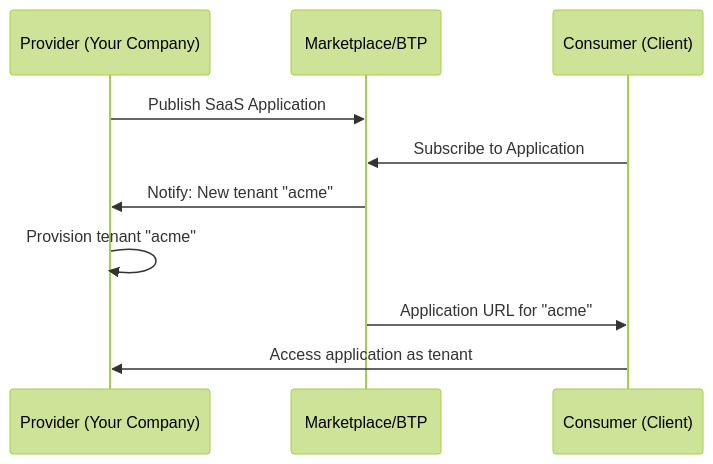
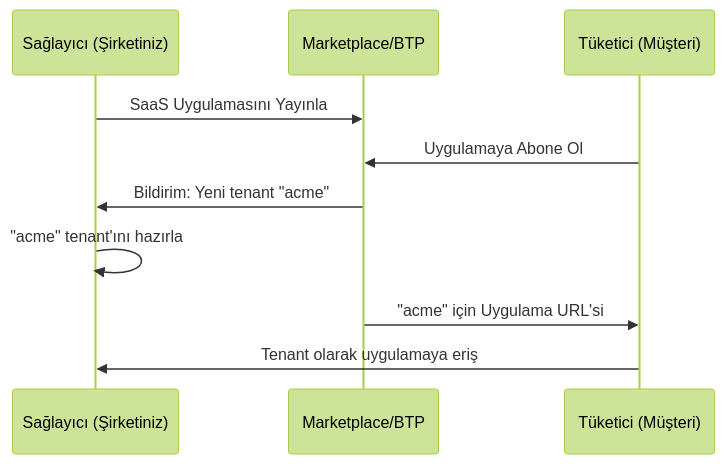
One commit to beyhanmeyrali/sap-all changed the fifth of 8 diagrams in Technical Tutorials/BTP/TR/chapters/13-cross-customer-deployments.md. Above: the diagram before and after it, drawn with Mermaid (forest theme). The commit also changed other lines of this file and 11 other files, not shown here.

````diff
--- a/Technical Tutorials/BTP/TR/chapters/13-cross-customer-deployments.md
+++ b/Technical Tutorials/BTP/TR/chapters/13-cross-customer-deployments.md
@@ -186,13 +186,13 @@
 ```mermaid
 sequenceDiagram
-    participant P as Provider (Your Company)
+    participant P as Sağlayıcı (Şirketiniz)
     participant M as Marketplace/BTP
-    participant C as Consumer (Client)
+    participant C as Tüketici (Müşteri)
 
-    P->>M: Publish SaaS Application
-    C->>M: Subscribe to Application
-    M->>P: Notify: New tenant "acme"
-    P->>P: Provision tenant "acme"
-    M->>C: Application URL for "acme"
-    C->>P: Access application as tenant
+    P->>M: SaaS Uygulamasını Yayınla
+    C->>M: Uygulamaya Abone Ol
+    M->>P: Bildirim: Yeni tenant "acme"
+    P->>P: "acme" tenant'ını hazırla
+    M->>C: "acme" için Uygulama URL'si
+    C->>P: Tenant olarak uygulamaya eriş
 ```
````
